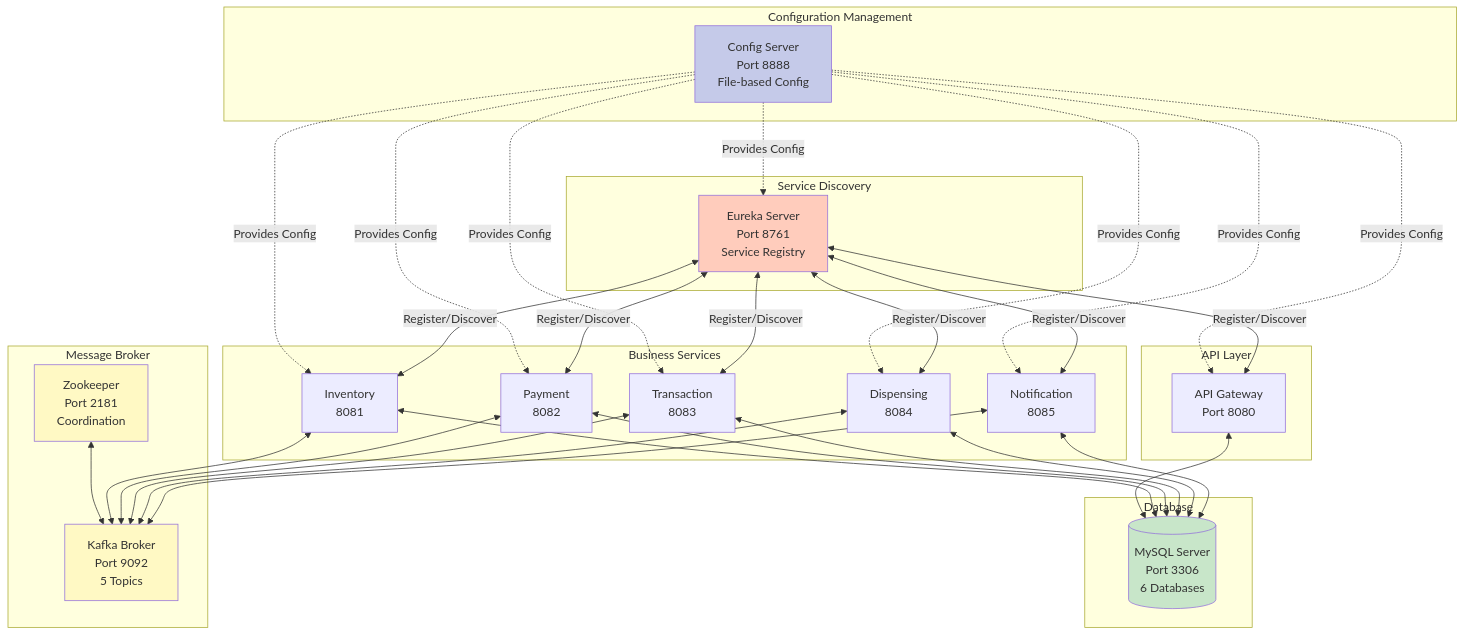
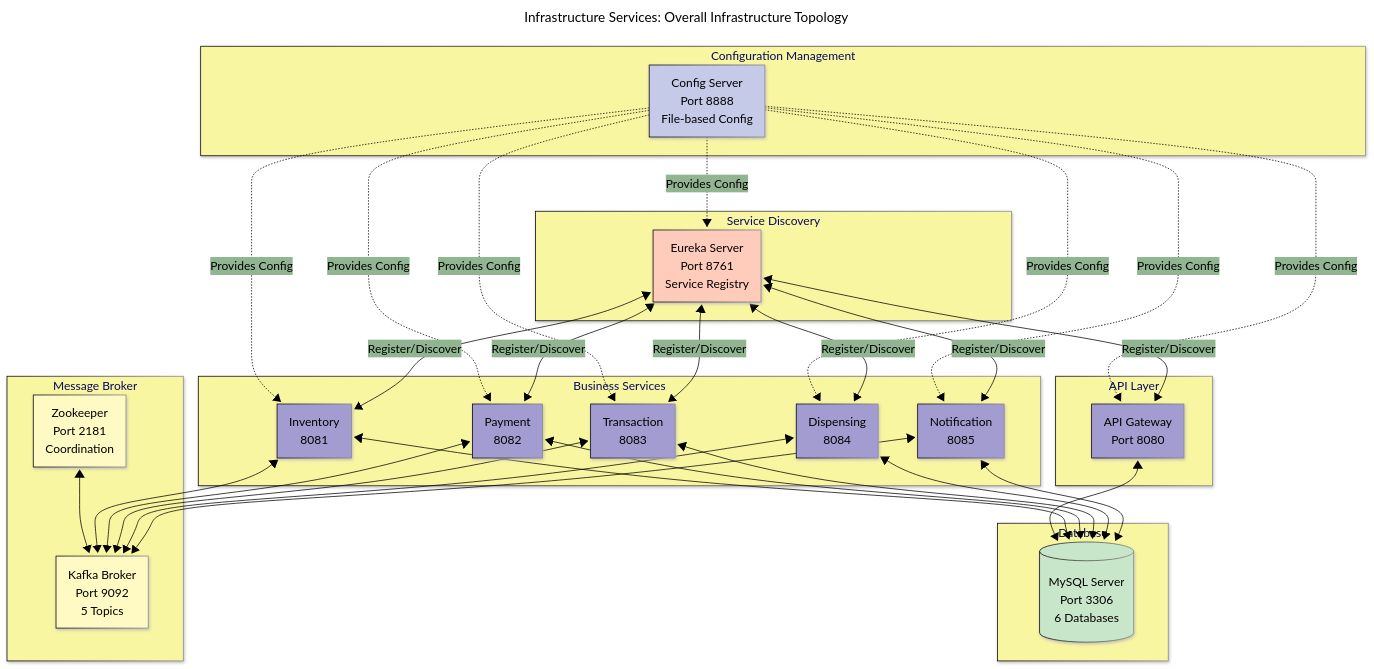
One commit to BrunoGil-AS/Vending-Machine-Microservices changed the first of 8 diagrams in Documentation/diagrams/infrastructure-services.md. Above: the diagram before and after it, drawn with Mermaid. The commit also changed other lines of this file and 7 other files, not shown here.

Commit message:
docs: Update service diagrams with new configurations and titles

````diff
--- a/Documentation/diagrams/infrastructure-services.md
+++ b/Documentation/diagrams/infrastructure-services.md
@@ -15,67 +15,81 @@
 ```mermaid
+---
+config:
+  theme: base
+  themeVariables:
+    primaryColor: '#a39cd1ff'
+    primaryTextColor: '#000000'
+    secondaryTextColor: '#ffffffff'
+    primaryBorderColor: '#000000'
+    lineColor: '#000000ff'
+    secondaryColor: '#90b590ff'
+    tertiaryColor: '#f9f6a1ff'
+  look: neo
+title: 'Infrastructure Services: Overall Infrastructure Topology'
+---
 graph TB
     subgraph "Configuration Management"
         CONFIG[Config Server<br/>Port 8888<br/>File-based Config]
     end
 
     subgraph "Service Discovery"
         EUREKA[Eureka Server<br/>Port 8761<br/>Service Registry]
     end
 
     subgraph "API Layer"
         GATEWAY[API Gateway<br/>Port 8080]
     end
 
     subgraph "Business Services"
         INVENTORY[Inventory<br/>8081]
         PAYMENT[Payment<br/>8082]
         TRANSACTION[Transaction<br/>8083]
         DISPENSING[Dispensing<br/>8084]
         NOTIFICATION[Notification<br/>8085]
     end
 
     subgraph "Message Broker"
         ZOOKEEPER[Zookeeper<br/>Port 2181<br/>Coordination]
         KAFKA[Kafka Broker<br/>Port 9092<br/>5 Topics]
     end
 
     subgraph "Database"
         MYSQL[(MySQL Server<br/>Port 3306<br/>6 Databases)]
     end
 
     CONFIG -.->|Provides Config| EUREKA
     CONFIG -.->|Provides Config| GATEWAY
     CONFIG -.->|Provides Config| INVENTORY
     CONFIG -.->|Provides Config| PAYMENT
     CONFIG -.->|Provides Config| TRANSACTION
     CONFIG -.->|Provides Config| DISPENSING
     CONFIG -.->|Provides Config| NOTIFICATION
 
     EUREKA <-->|Register/Discover| GATEWAY
     EUREKA <-->|Register/Discover| INVENTORY
     EUREKA <-->|Register/Discover| PAYMENT
     EUREKA <-->|Register/Discover| TRANSACTION
     EUREKA <-->|Register/Discover| DISPENSING
     EUREKA <-->|Register/Discover| NOTIFICATION
 
     ZOOKEEPER <--> KAFKA
 
     INVENTORY <--> KAFKA
     PAYMENT <--> KAFKA
     TRANSACTION <--> KAFKA
     DISPENSING <--> KAFKA
     NOTIFICATION <--> KAFKA
 
     GATEWAY <--> MYSQL
     INVENTORY <--> MYSQL
     PAYMENT <--> MYSQL
     TRANSACTION <--> MYSQL
     DISPENSING <--> MYSQL
     NOTIFICATION <--> MYSQL
 
     style CONFIG fill:#c5cae9
     style EUREKA fill:#ffccbc
     style KAFKA fill:#fff9c4
     style ZOOKEEPER fill:#fff9c4
     style MYSQL fill:#c8e6c9
 ```
````
